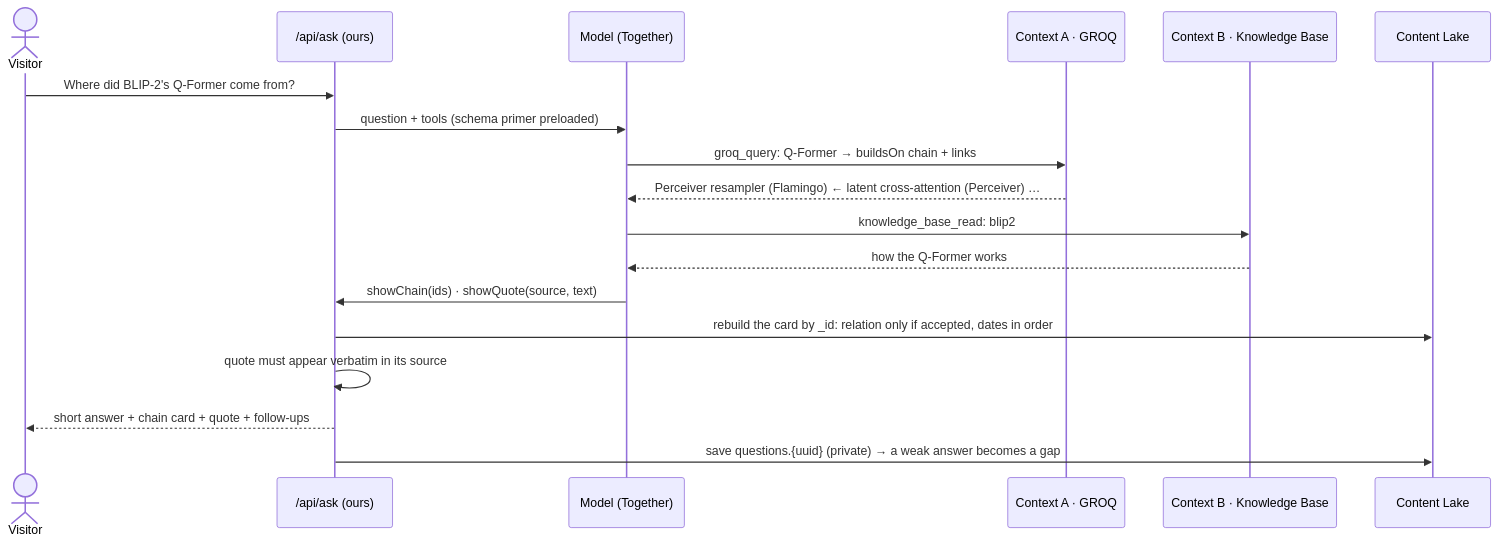
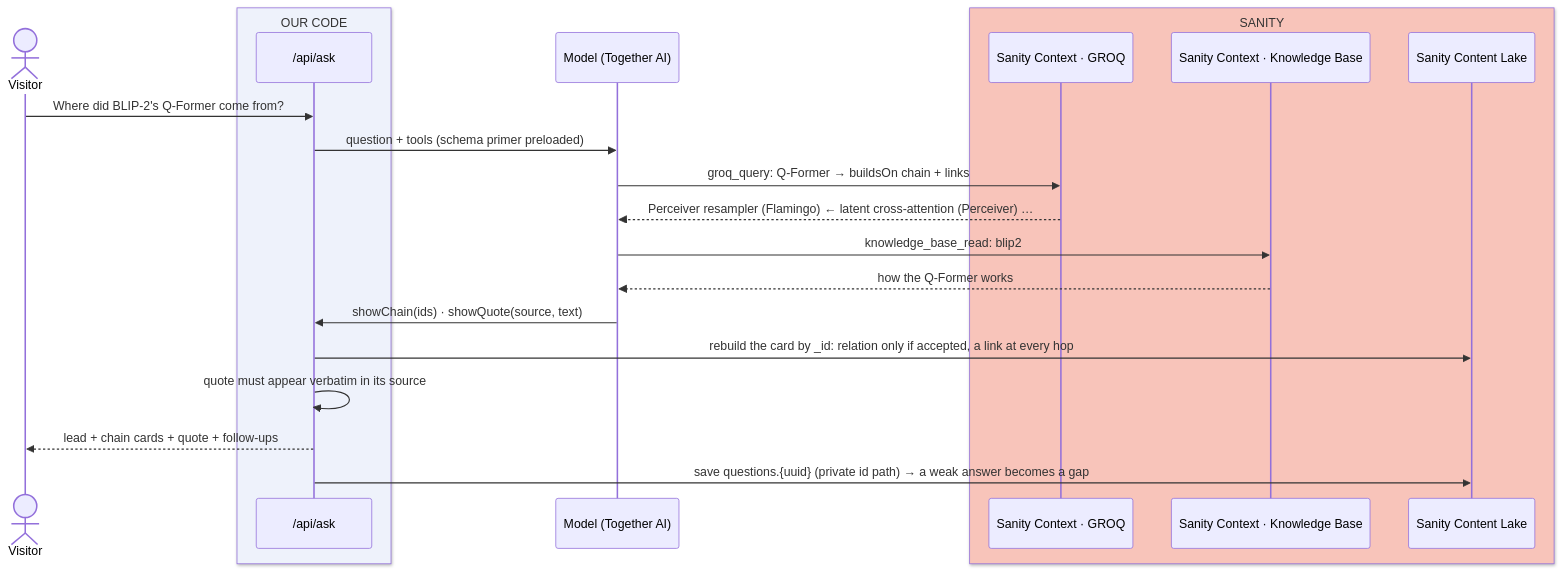
Before and after one commit to akashgoyal/paper-lineage: the diagram in docs/post/diagrams/example-ask.mmd, drawn with Mermaid. The commit also changed 15 other files, not shown here.

First line of the commit message:
docs(post): diagrams make Sanity unmistakable

```diff
--- a/docs/post/diagrams/example-ask.mmd
+++ b/docs/post/diagrams/example-ask.mmd
@@ -1,19 +1,22 @@
 sequenceDiagram
   actor V as Visitor
-  participant A as /api/ask (ours)
-  participant M as Model (Together)
-  participant G as Context A · GROQ
-  participant K as Context B · Knowledge Base
-  participant L as Content Lake
-
+  box rgb(238,242,251) OUR CODE
+    participant A as /api/ask
+  end
+  participant M as Model (Together AI)
+  box rgb(248,196,186) SANITY
+    participant G as Sanity Context · GROQ
+    participant K as Sanity Context · Knowledge Base
+    participant L as Sanity Content Lake
+  end
   V->>A: Where did BLIP-2's Q-Former come from?
   A->>M: question + tools (schema primer preloaded)
   M->>G: groq_query: Q-Former → buildsOn chain + links
   G-->>M: Perceiver resampler (Flamingo) ← latent cross-attention (Perceiver) …
   M->>K: knowledge_base_read: blip2
   K-->>M: how the Q-Former works
   M->>A: showChain(ids) · showQuote(source, text)
-  A->>L: rebuild the card by _id: relation only if accepted, dates in order
+  A->>L: rebuild the card by _id: relation only if accepted, a link at every hop
   A->>A: quote must appear verbatim in its source
-  A-->>V: short answer + chain card + quote + follow-ups
-  A->>L: save questions.{uuid} (private) → a weak answer becomes a gap
+  A-->>V: lead + chain cards + quote + follow-ups
+  A->>L: save questions.{uuid} (private id path) → a weak answer becomes a gap
```
